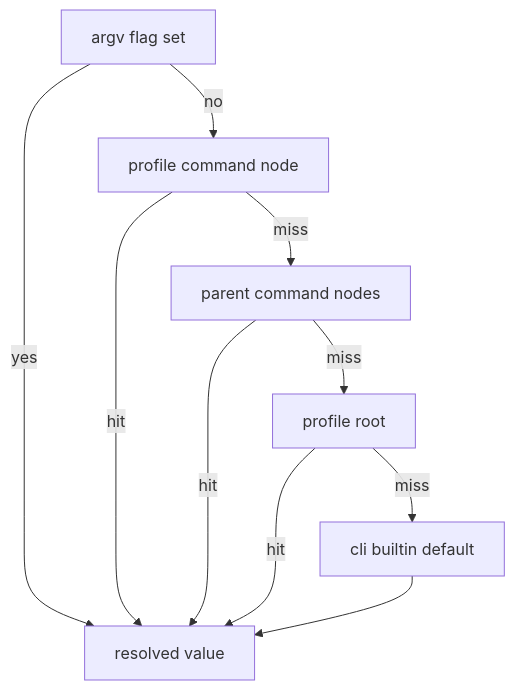
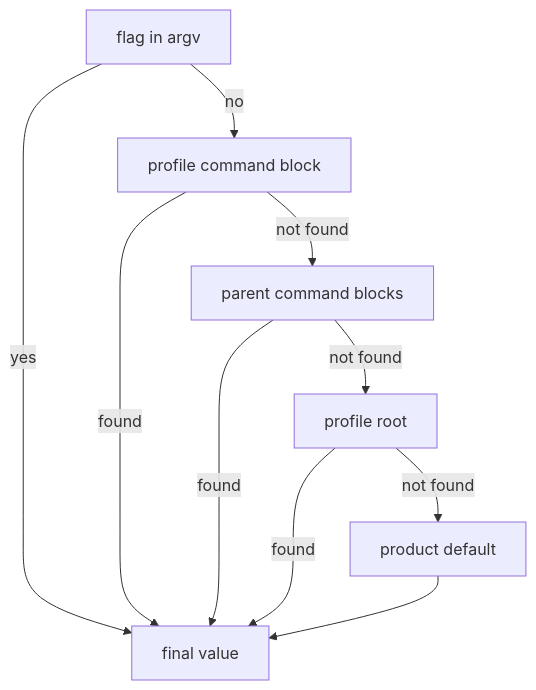
One commit to git-herder/documentation-specifications changed the diagram in platform/profiles.md. Above: the diagram before and after it, drawn with Mermaid. The commit also changed other lines of this file, not shown here.

````diff
--- a/platform/profiles.md
+++ b/platform/profiles.md
@@ -103,17 +103,17 @@
 ```mermaid
 flowchart TD
-  CLI[argv flag set]
-  Leaf[profile command node]
-  Parents[parent command nodes]
+  CLI[flag in argv]
+  Leaf[profile command block]
+  Parents[parent command blocks]
   RootNode[profile root]
-  Builtin[cli builtin default]
-  CLI -->|yes| Done[resolved value]
+  Builtin[product default]
+  CLI -->|yes| Done[final value]
   CLI -->|no| Leaf
-  Leaf -->|hit| Done
-  Leaf -->|miss| Parents
-  Parents -->|hit| Done
-  Parents -->|miss| RootNode
-  RootNode -->|hit| Done
-  RootNode -->|miss| Builtin
+  Leaf -->|found| Done
+  Leaf -->|not found| Parents
+  Parents -->|found| Done
+  Parents -->|not found| RootNode
+  RootNode -->|found| Done
+  RootNode -->|not found| Builtin
   Builtin --> Done
 ```
````
